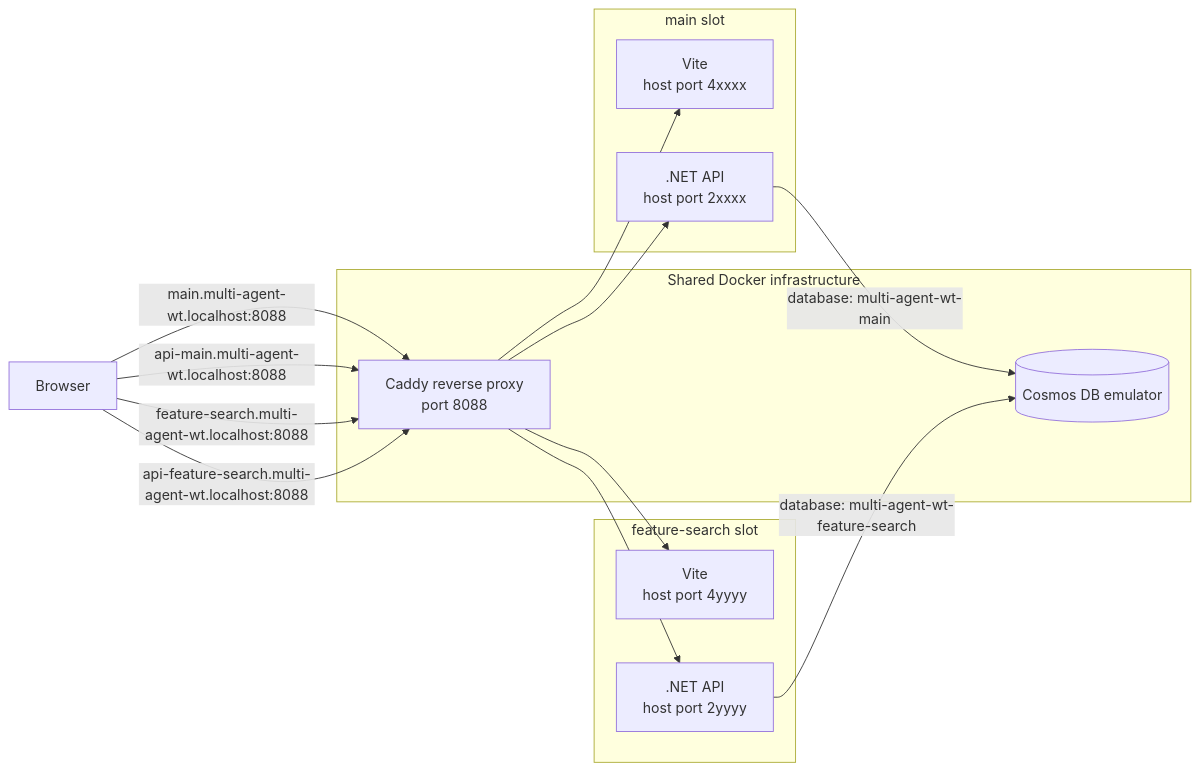
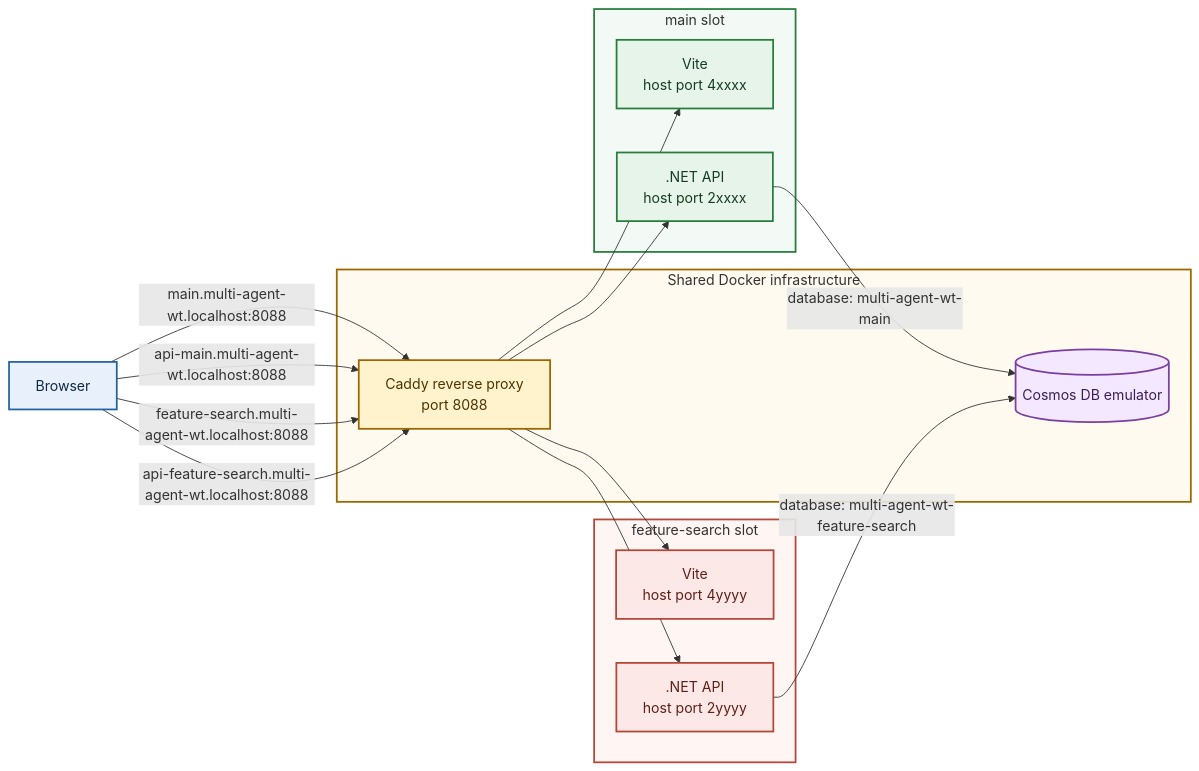
One commit to srungta/srungta.github.io changed the second of 3 diagrams in _posts/llm/2026-07-19-multi-slot-local-dev-with-worktrees-and-caddy.md. Above: the diagram before and after it, drawn with Mermaid. The commit also changed other lines of this file, not shown here.

````diff
--- a/_posts/llm/2026-07-19-multi-slot-local-dev-with-worktrees-and-caddy.md
+++ b/_posts/llm/2026-07-19-multi-slot-local-dev-with-worktrees-and-caddy.md
@@ -133,30 +159,46 @@
 ```mermaid
 flowchart LR
   Browser[Browser]
 
   subgraph Docker[Shared Docker infrastructure]
     Caddy[Caddy reverse proxy<br/>port 8088]
     Cosmos[(Cosmos DB emulator)]
   end
 
   subgraph Main[main slot]
     MainUI[Vite<br/>host port 4xxxx]
     MainAPI[.NET API<br/>host port 2xxxx]
   end
 
   subgraph Feature[feature-search slot]
     FeatureUI[Vite<br/>host port 4yyyy]
     FeatureAPI[.NET API<br/>host port 2yyyy]
   end
 
   Browser -->|main.multi-agent-wt.localhost:8088| Caddy
   Browser -->|api-main.multi-agent-wt.localhost:8088| Caddy
   Browser -->|feature-search.multi-agent-wt.localhost:8088| Caddy
   Browser -->|api-feature-search.multi-agent-wt.localhost:8088| Caddy
   Caddy --> MainUI
   Caddy --> MainAPI
   Caddy --> FeatureUI
   Caddy --> FeatureAPI
   MainAPI -->|database: multi-agent-wt-main| Cosmos
   FeatureAPI -->|database: multi-agent-wt-feature-search| Cosmos
+
+  classDef client fill:#e8f1fb,stroke:#2463a2,color:#102a43,stroke-width:2px
+  classDef proxy fill:#fff3cd,stroke:#9a6700,color:#4d3500,stroke-width:2px
+  classDef mainSlot fill:#e6f4ea,stroke:#287d3c,color:#163d22,stroke-width:2px
+  classDef featureSlot fill:#fce8e6,stroke:#b4473a,color:#5f2019,stroke-width:2px
+  classDef data fill:#f3e8ff,stroke:#7b3fa1,color:#3d2053,stroke-width:2px
+
+  class Browser client
+  class Caddy proxy
+  class MainUI,MainAPI mainSlot
+  class FeatureUI,FeatureAPI featureSlot
+  class Cosmos data
+
+  style Docker fill:#fffaf0,stroke:#9a6700,stroke-width:2px
+  style Main fill:#f3faf5,stroke:#287d3c,stroke-width:2px
+  style Feature fill:#fff5f3,stroke:#b4473a,stroke-width:2px
 ```
````
